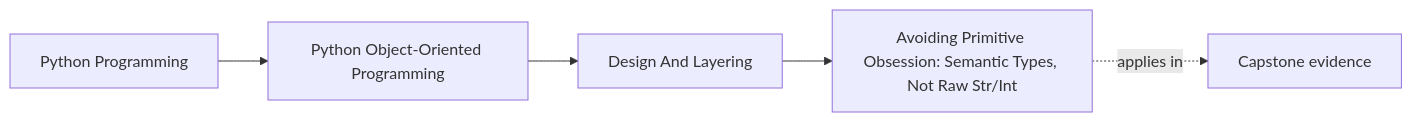
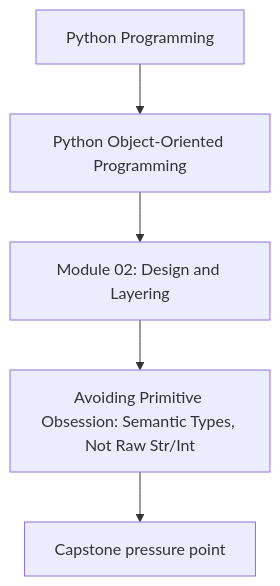
One commit to bijux/bijux-masterclass changed the first of 2 diagrams in programs/python-programming/python-object-oriented-programming/course-book/module-02-design-and-layering/semantic-types-over-raw-primitives.md. Above: the diagram before and after it, drawn with Mermaid. The commit also changed other lines of this file and 107 other files, not shown here.

Commit message:
docs(python-object-oriented-programming): align concept page diagrams

````diff
--- a/programs/python-programming/python-object-oriented-programming/course-book/module-02-design-and-layering/semantic-types-over-raw-primitives.md
+++ b/programs/python-programming/python-object-oriented-programming/course-book/module-02-design-and-layering/semantic-types-over-raw-primitives.md
@@ -7,11 +7,7 @@
 ```mermaid
-graph LR
-  family["Python Programming"]
-  program["Python Object-Oriented Programming"]
-  section["Design And Layering"]
-  page["Avoiding Primitive Obsession: Semantic Types, Not Raw Str/Int"]
-  capstone["Capstone evidence"]
-
-  family --> program --> section --> page
-  page -.applies in.-> capstone
+flowchart TD
+  family["Python Programming"] --> program["Python Object-Oriented Programming"]
+  program --> module["Module 02: Design and Layering"]
+  module --> concept["Avoiding Primitive Obsession: Semantic Types, Not Raw Str/Int"]
+  concept --> capstone["Capstone pressure point"]
 ```
````
